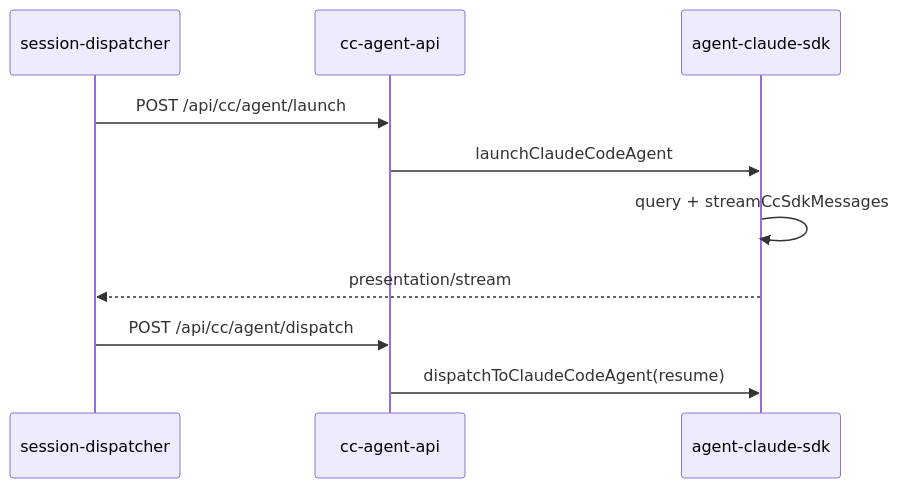
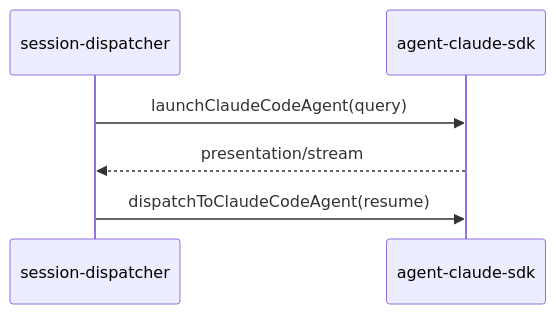
Before and after one commit to suveng/cursor-claw: the diagram in knowledge/业务域/Agent调度/07-ClaudeCodeSDK执行引擎.md, drawn with Mermaid. The commit also changed other lines of this file and 25 other files, not shown here.

First line of the commit message:
docs(kb): 归档 ClaudeAgent-MCP展示与注入对齐 变更，同步知识库与业务代码

````diff
--- a/knowledge/业务域/Agent调度/07-ClaudeCodeSDK执行引擎.md
+++ b/knowledge/业务域/Agent调度/07-ClaudeCodeSDK执行引擎.md
@@ -26,12 +24,8 @@
 ```mermaid
 sequenceDiagram
   participant SD as session-dispatcher
-  participant CCAPI as cc-agent-api
   participant CC as agent-claude-sdk
-  SD->>CCAPI: POST /api/cc/agent/launch
-  CCAPI->>CC: launchClaudeCodeAgent
-  CC->>CC: query + streamCcSdkMessages
+  SD->>CC: launchClaudeCodeAgent(query)
   CC-->>SD: presentation/stream
-  SD->>CCAPI: POST /api/cc/agent/dispatch
-  CCAPI->>CC: dispatchToClaudeCodeAgent(resume)
+  SD->>CC: dispatchToClaudeCodeAgent(resume)
 ```
````
